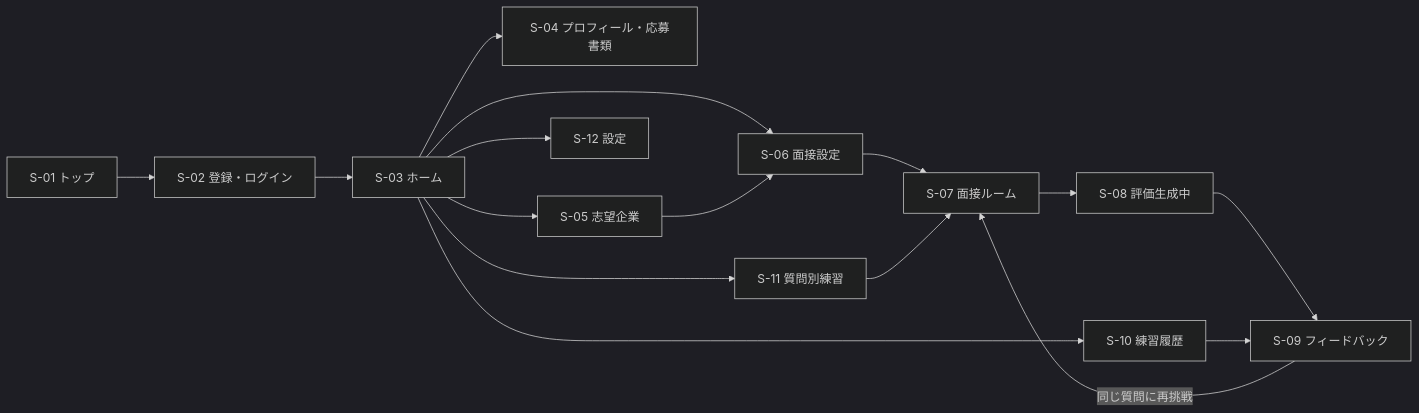
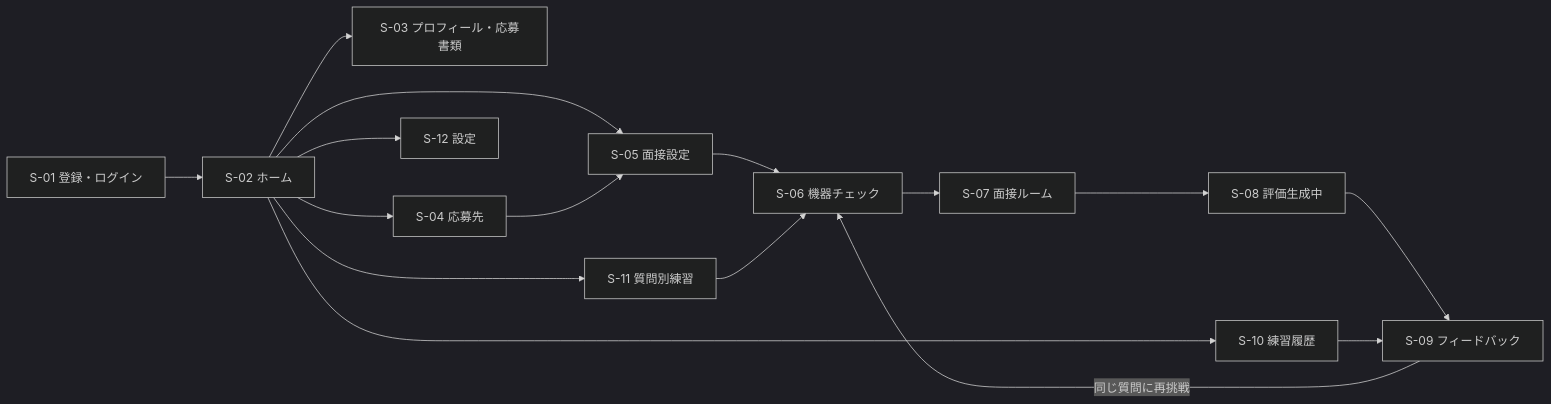
The third of 5 diagrams in docs/requirements.md (tarokuma555-maker/AI-interview-pj), drawn with Mermaid (dark theme) before and after one commit. The commit also changed other lines of this file and 1 other file, not shown here.

````diff
--- a/docs/requirements.md
+++ b/docs/requirements.md
@@ -414,18 +517,18 @@
 ```mermaid
 flowchart LR
-    S01["S-01 トップ"] --> S02["S-02 登録・ログイン"]
-    S02 --> S03["S-03 ホーム"]
-    S03 --> S04["S-04 プロフィール・応募書類"]
-    S03 --> S05["S-05 志望企業"]
-    S03 --> S06["S-06 面接設定"]
-    S05 --> S06
+    S01["S-01 登録・ログイン"] --> S02["S-02 ホーム"]
+    S02 --> S03["S-03 プロフィール・応募書類"]
+    S02 --> S04["S-04 応募先"]
+    S02 --> S05["S-05 面接設定"]
+    S04 --> S05
+    S05 --> S06["S-06 機器チェック"]
     S06 --> S07["S-07 面接ルーム"]
     S07 --> S08["S-08 評価生成中"]
     S08 --> S09["S-09 フィードバック"]
-    S09 -- "同じ質問に再挑戦" --> S07
-    S03 --> S10["S-10 練習履歴"]
+    S09 -- "同じ質問に再挑戦" --> S06
+    S02 --> S10["S-10 練習履歴"]
     S10 --> S09
-    S03 --> S11["S-11 質問別練習"]
-    S11 --> S07
-    S03 --> S12["S-12 設定"]
+    S02 --> S11["S-11 質問別練習"]
+    S11 --> S06
+    S02 --> S12["S-12 設定"]
 ```
````
